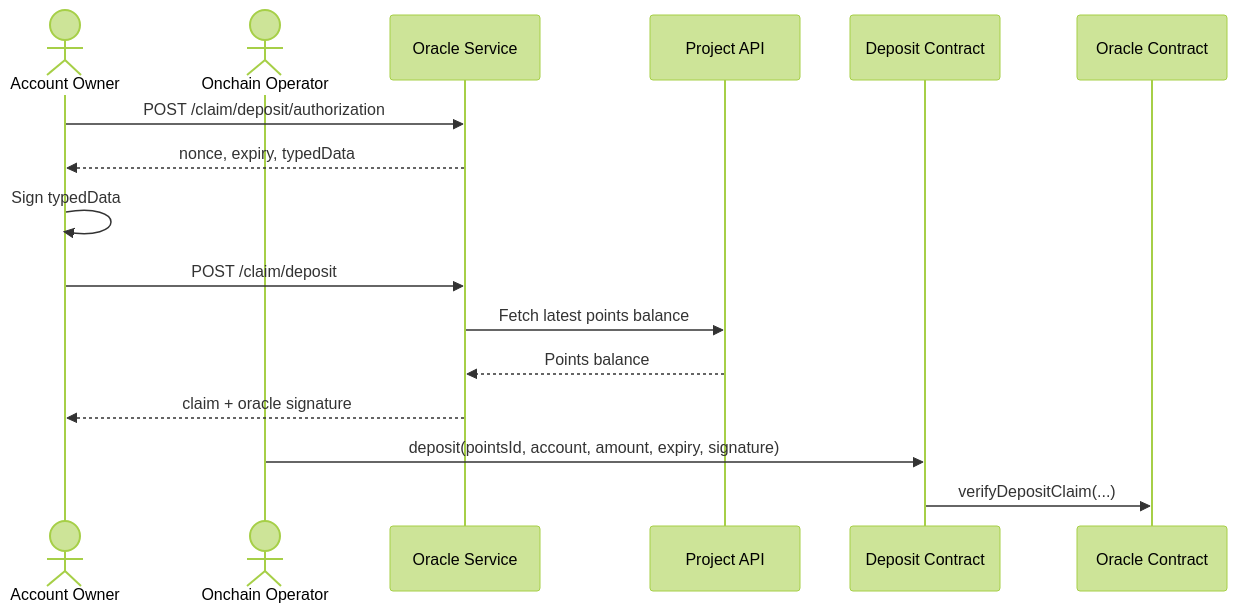
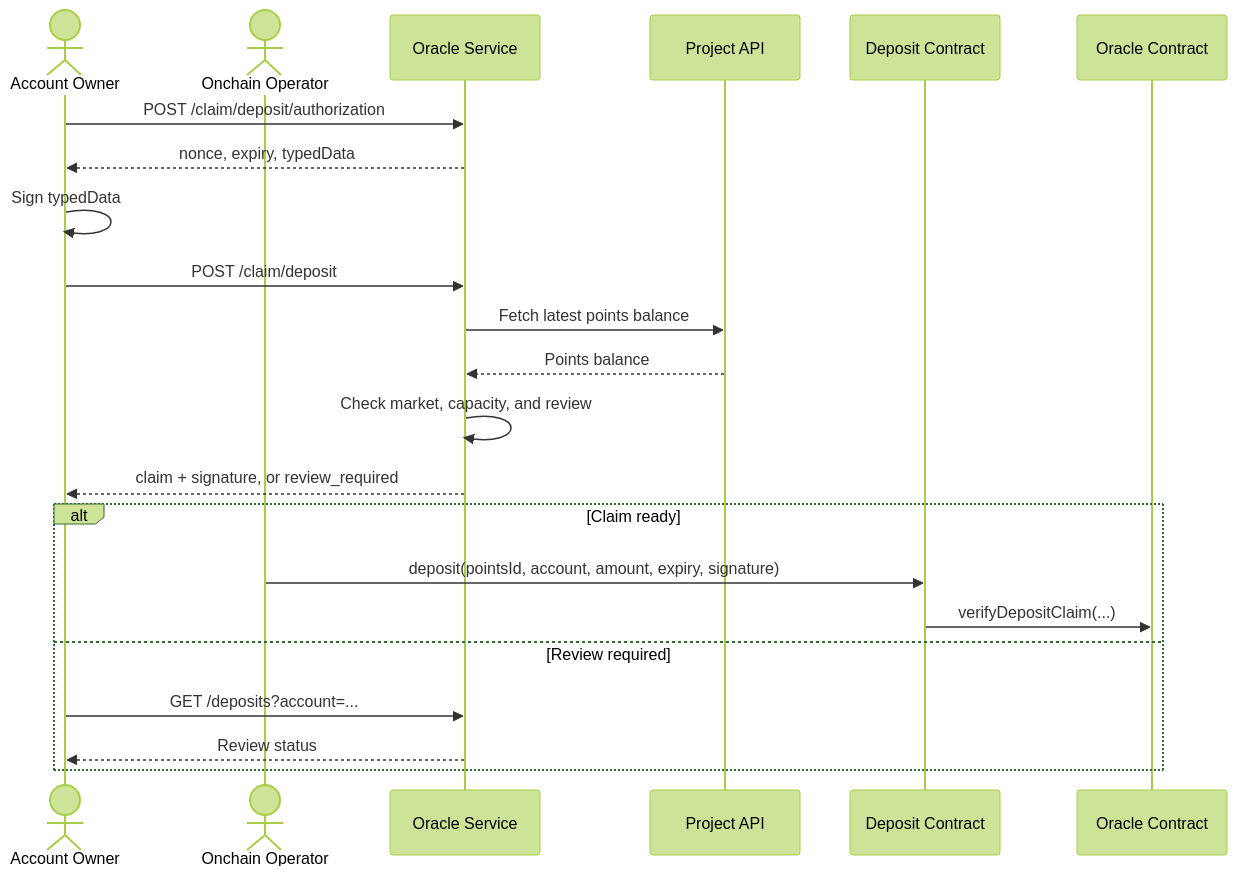
One commit to 0xPortalLabs/docs changed the diagram in architecture/oracle-system.mdx. Above: the diagram before and after it, drawn with Mermaid (forest theme). The commit also changed other lines of this file and 3 other files, not shown here.

````diff
--- a/architecture/oracle-system.mdx
+++ b/architecture/oracle-system.mdx
@@ -37,19 +40,25 @@
 ```mermaid
 sequenceDiagram
     actor Owner as Account Owner
     actor Operator as Onchain Operator
     participant Oracle as Oracle Service
     participant PointsAPI as Project API
     participant Deposit as Deposit Contract
     participant OracleContract as Oracle Contract
 
     Owner->>Oracle: POST /claim/deposit/authorization
     Oracle-->>Owner: nonce, expiry, typedData
     Owner->>Owner: Sign typedData
     Owner->>Oracle: POST /claim/deposit
     Oracle->>PointsAPI: Fetch latest points balance
     PointsAPI-->>Oracle: Points balance
-    Oracle-->>Owner: claim + oracle signature
-    Operator->>Deposit: deposit(pointsId, account, amount, expiry, signature)
-    Deposit->>OracleContract: verifyDepositClaim(...)
+    Oracle->>Oracle: Check market, capacity, and review
+    Oracle-->>Owner: claim + signature, or review_required
+    alt Claim ready
+        Operator->>Deposit: deposit(pointsId, account, amount, expiry, signature)
+        Deposit->>OracleContract: verifyDepositClaim(...)
+    else Review required
+        Owner->>Oracle: GET /deposits?account=...
+        Oracle-->>Owner: Review status
+    end
 ```
````
